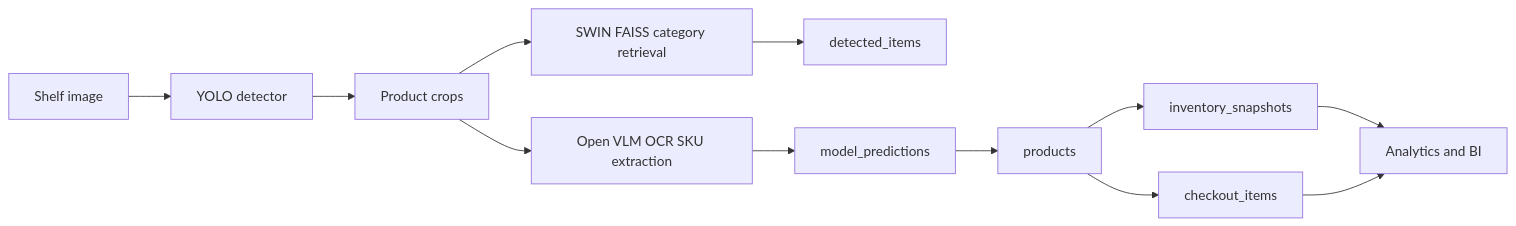
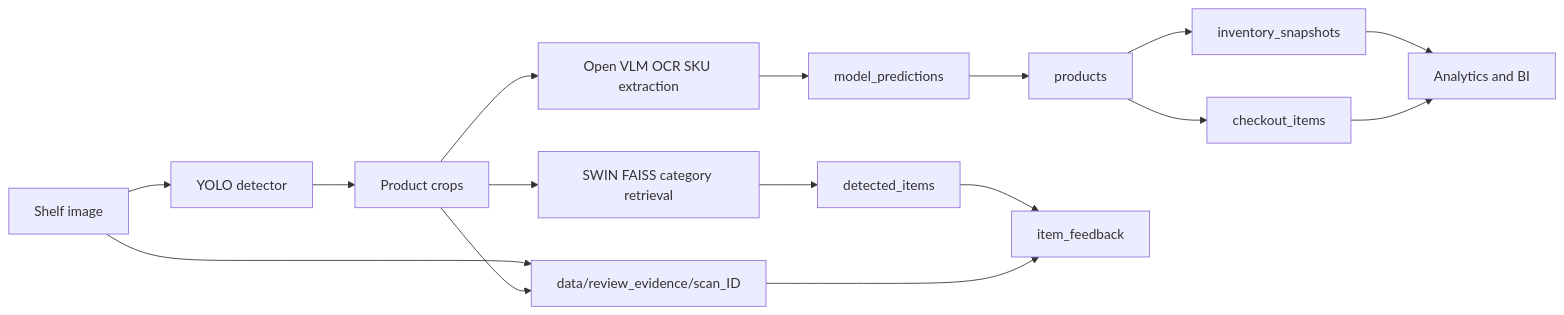
The first of 2 diagrams in mgrandhi/docs/database_schema.md (Richa-max/dense-shelf-images-object-detection), drawn with Mermaid before and after one commit. The commit also changed other lines of this file and 43 other files, not shown here.

First line of the commit message:
Sync ShelfSight source additions into mgrandhi/ (React/FastAPI UI, feedback tables, analysis service, tests, web frontend)

````diff
--- a/mgrandhi/docs/database_schema.md
+++ b/mgrandhi/docs/database_schema.md
@@ -12,14 +12,18 @@
 ```mermaid
 flowchart LR
   ShelfImage["Shelf image"] --> Detector["YOLO detector"]
   Detector --> CropImages["Product crops"]
   CropImages --> Retrieval["SWIN FAISS category retrieval"]
   CropImages --> OpenVLM["Open VLM OCR SKU extraction"]
   Retrieval --> DetectedItems["detected_items"]
   OpenVLM --> ModelPredictions["model_predictions"]
   ModelPredictions --> Products["products"]
   Products --> Inventory["inventory_snapshots"]
   Products --> CheckoutItems["checkout_items"]
   Inventory --> BI["Analytics and BI"]
   CheckoutItems --> BI
+  DetectedItems --> HumanFeedback["item_feedback"]
+  ShelfImage --> ReviewEvidence["data/review_evidence/scan_ID"]
+  CropImages --> ReviewEvidence
+  ReviewEvidence --> HumanFeedback
 ```
````
